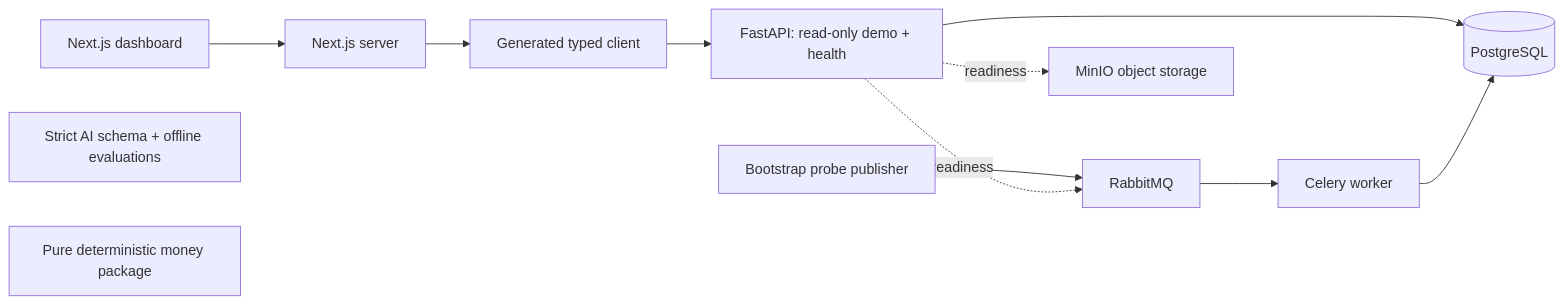
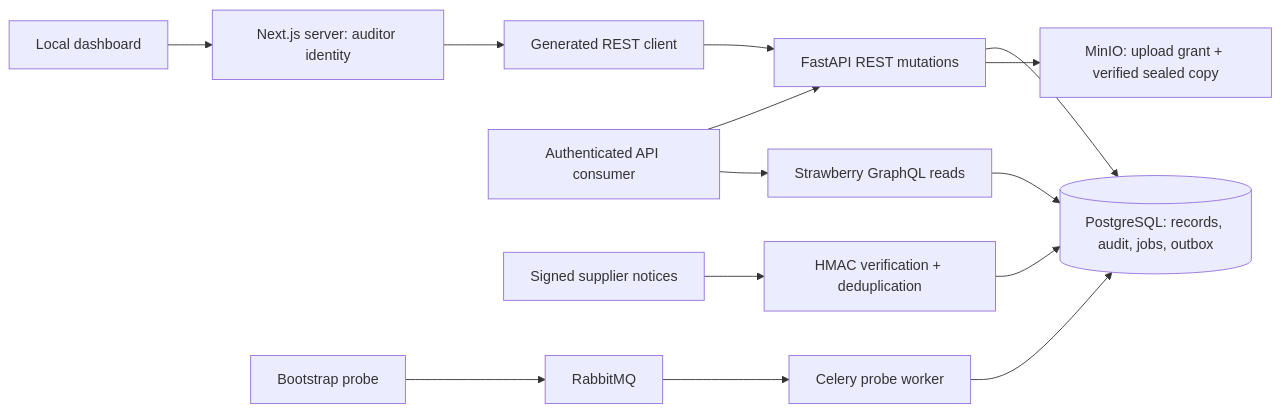
One commit to Toki001/reconcileIQ changed the diagram in docs/architecture/overview.md. Above: the diagram before and after it, drawn with Mermaid. The commit also changed other lines of this file and 58 other files, not shown here.

````diff
--- a/docs/architecture/overview.md
+++ b/docs/architecture/overview.md
@@ -3,14 +3,16 @@
 ```mermaid
 flowchart LR
-  Browser[Next.js dashboard] --> Next[Next.js server]
-  Next --> Client[Generated typed client]
-  Client --> API[FastAPI: read-only demo + health]
-  API --> DB[(PostgreSQL)]
-  Probe[Bootstrap probe publisher] --> Broker[RabbitMQ]
-  Broker --> Worker[Celery worker]
+  Browser[Local dashboard] --> Next[Next.js server: auditor identity]
+  Next --> Client[Generated REST client]
+  Integrator[Authenticated API consumer] --> REST[FastAPI REST mutations]
+  Integrator --> GQL[Strawberry GraphQL reads]
+  Client --> REST
+  REST --> DB[(PostgreSQL: records, audit, jobs, outbox)]
+  GQL --> DB
+  Supplier[Signed supplier notices] --> HMAC[HMAC verification + deduplication]
+  HMAC --> DB
+  REST --> MinIO[MinIO: upload grant + verified sealed copy]
+  Probe[Bootstrap probe] --> Broker[RabbitMQ]
+  Broker --> Worker[Celery probe worker]
   Worker --> DB
-  API -. readiness .-> Broker
-  API -. readiness .-> MinIO[MinIO object storage]
-  AI[Strict AI schema + offline evaluations]
-  Money[Pure deterministic money package]
 ```
````
